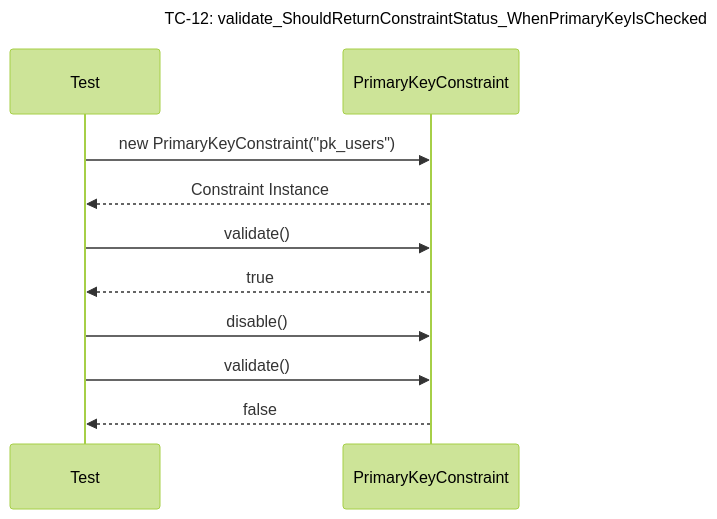
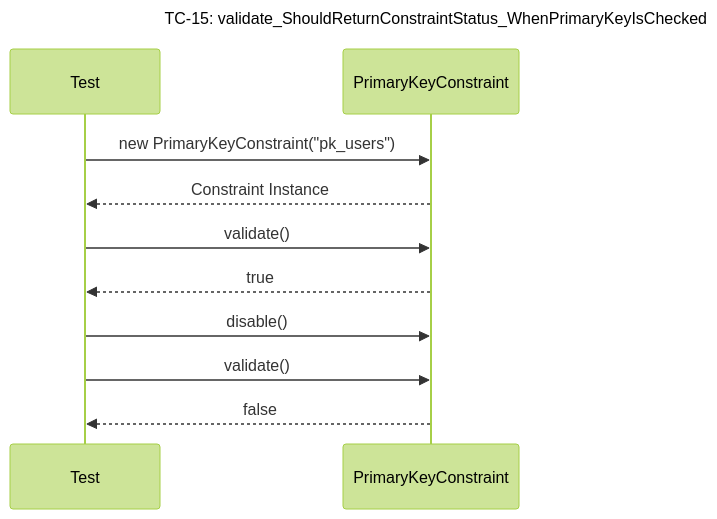
Diagram 41 of 47 in docs/unit_test/metadata/SequeceTestCase.md (Dikhang1112/Database_Management_BBV), drawn with Mermaid (forest theme) before and after one commit. The commit also changed other lines of this file and 23 other files, not shown here.

````diff
--- a/docs/unit_test/metadata/SequeceTestCase.md
+++ b/docs/unit_test/metadata/SequeceTestCase.md
@@ -230,14 +632,14 @@
 ```mermaid
 sequenceDiagram
-    title TC-12: validate_ShouldReturnConstraintStatus_WhenPrimaryKeyIsChecked
+    title TC-15: validate_ShouldReturnConstraintStatus_WhenPrimaryKeyIsChecked
     participant Test
     participant PrimaryKeyConstraint
 
     Test->>PrimaryKeyConstraint: new PrimaryKeyConstraint("pk_users")
     PrimaryKeyConstraint-->>Test: Constraint Instance
     Test->>PrimaryKeyConstraint: validate()
     PrimaryKeyConstraint-->>Test: true
     Test->>PrimaryKeyConstraint: disable()
     Test->>PrimaryKeyConstraint: validate()
     PrimaryKeyConstraint-->>Test: false
 ```
````
